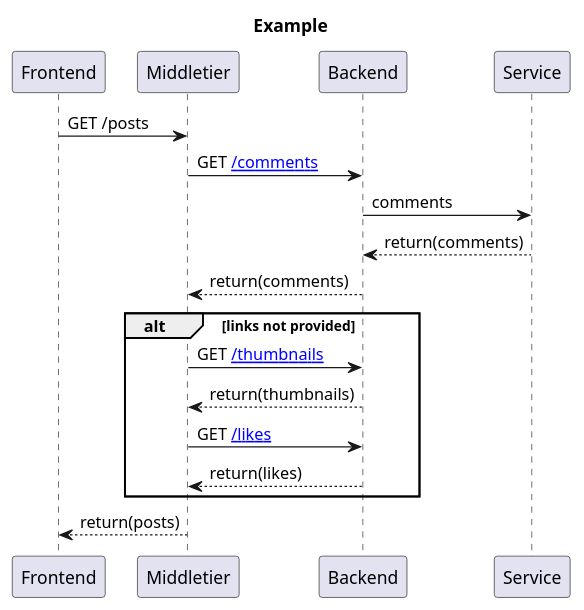
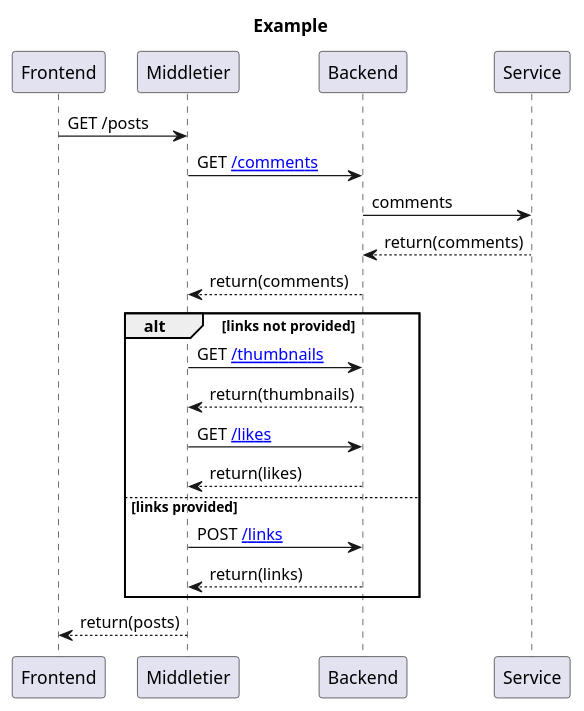
The diagram in example.puml (seesleestak/seq-diagram-poc), drawn with PlantUML before and after one commit.

Commit message:
Simplify markup, add else

```diff
--- a/example.puml
+++ b/example.puml
@@ -1,19 +1,22 @@
 @startuml
 title Example
 
-Frontend->Middletier: GET /posts
+Frontend -> Middletier: GET /posts
 
-Middletier->Backend: GET [[http://example.com /comments]]
-Backend->Service: comments
-Backend<--Service: return(comments)
-Middletier<--Backend: return(comments)
+Middletier -> Backend: GET [[http://example.com /comments]]
+Backend -> Service: comments
+Service --> Backend: return(comments)
+Backend --> Middletier: return(comments)
 
 alt links not provided
-  Middletier->Backend: GET [[http://example.com /thumbnails]]
-  Middletier<--Backend: return(thumbnails)
-  Middletier->Backend: GET [[http://example.com /likes]]
-  Middletier<--Backend: return(likes)
+  Middletier -> Backend: GET [[http://example.com /thumbnails]]
+  Backend --> Middletier: return(thumbnails)
+  Middletier -> Backend: GET [[http://example.com /likes]]
+  Backend --> Middletier: return(likes)
+else  links provided
+    Middletier -> Backend: POST [[http://example.com /links]]
+    Backend --> Middletier: return(links)
 end
 
-Frontend<--Middletier: return(posts)
+Middletier --> Frontend: return(posts)
 @enduml
```
